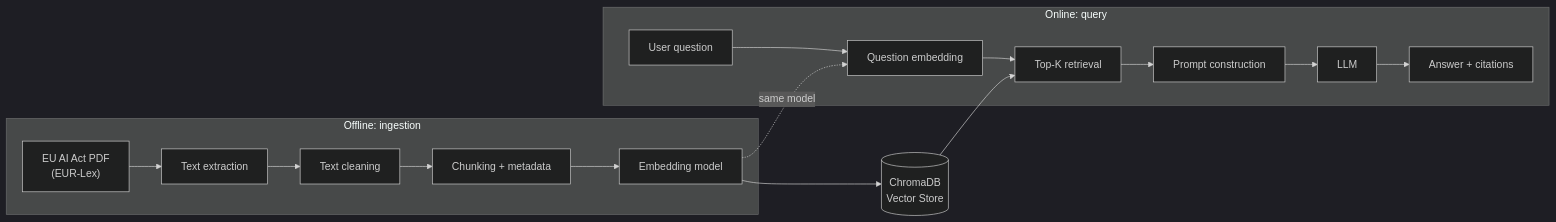
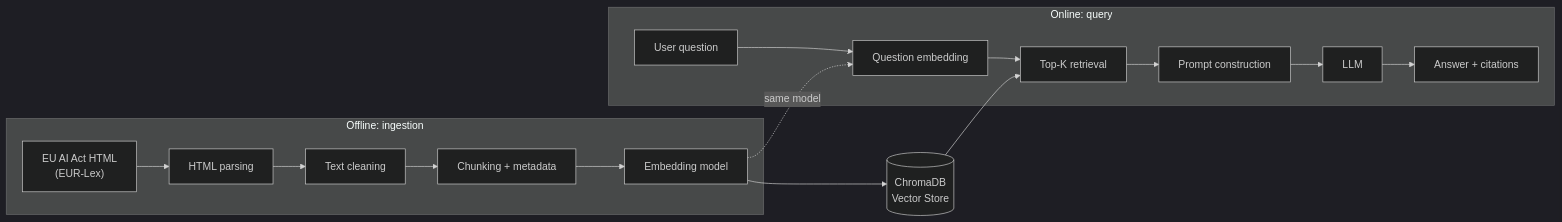
The diagram in README.md (MrBroma/ai-act-assistant), drawn with Mermaid (dark theme) before and after one commit. The commit also changed other lines of this file, not shown here.

Commit message:
docs: switch source document from PDF to EUR-Lex HTML

````diff
--- a/README.md
+++ b/README.md
@@ -59,37 +59,37 @@
 ```mermaid
 flowchart LR
 
     subgraph Offline["Offline: ingestion"]
-        PDF["EU AI Act PDF<br/>(EUR-Lex)"]
-        EXTRACT["Text extraction"]
+        HTML["EU AI Act HTML<br/>(EUR-Lex)"]
+        EXTRACT["HTML parsing"]
         CLEAN["Text cleaning"]
         CHUNK["Chunking + metadata"]
         EMBED["Embedding model"]
 
-        PDF --> EXTRACT
+        HTML --> EXTRACT
         EXTRACT --> CLEAN
         CLEAN --> CHUNK
         CHUNK --> EMBED
     end
 
     CHROMA[("ChromaDB<br/>Vector Store")]
 
     subgraph Online["Online: query"]
         QUESTION["User question"]
         QEMBED["Question embedding"]
         RETRIEVAL["Top-K retrieval"]
         PROMPT["Prompt construction"]
         LLM["LLM"]
         ANSWER["Answer + citations"]
 
         QUESTION --> QEMBED
         QEMBED --> RETRIEVAL
         RETRIEVAL --> PROMPT
         PROMPT --> LLM
         LLM --> ANSWER
     end
 
     EMBED --> CHROMA
     CHROMA --> RETRIEVAL
     EMBED -. same model .-> QEMBED
 ```
````
